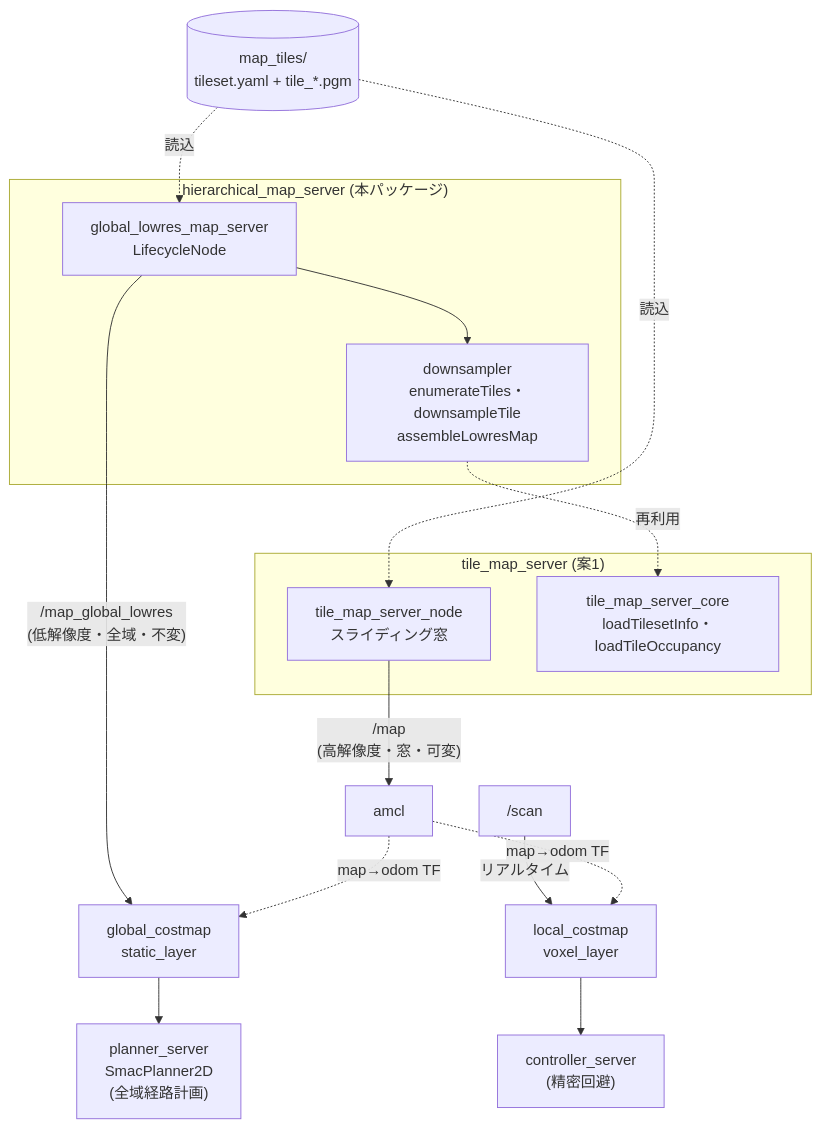
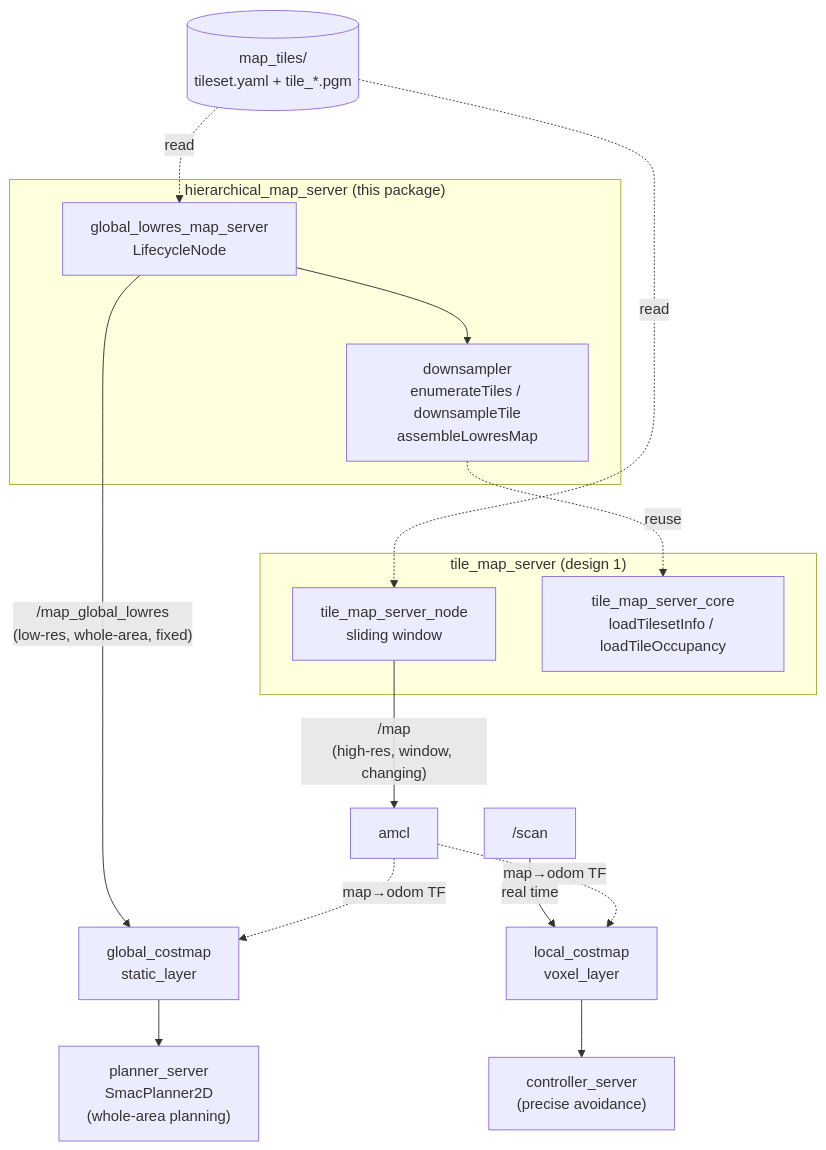
The first of 2 diagrams in hierarchical_map_server/README.md (atinfinity/hierarchical_map_server), drawn with Mermaid before and after one commit. The commit also changed other lines of this file and 13 other files, not shown here.

First line of the commit message:
docs: translate hierarchical_map_server docs and source comments to English

````diff
--- a/hierarchical_map_server/README.md
+++ b/hierarchical_map_server/README.md
@@ -32,28 +37,28 @@
 ```mermaid
 flowchart TB
     tiles[("map_tiles/<br/>tileset.yaml + tile_*.pgm")]
 
-    subgraph hier["hierarchical_map_server (本パッケージ)"]
+    subgraph hier["hierarchical_map_server (this package)"]
         GLM["global_lowres_map_server<br/>LifecycleNode"]
-        DS["downsampler<br/>enumerateTiles・downsampleTile<br/>assembleLowresMap"]
+        DS["downsampler<br/>enumerateTiles / downsampleTile<br/>assembleLowresMap"]
         GLM --> DS
     end
 
-    subgraph tms["tile_map_server (案1)"]
-        TMS["tile_map_server_node<br/>スライディング窓"]
-        CORE["tile_map_server_core<br/>loadTilesetInfo・loadTileOccupancy"]
+    subgraph tms["tile_map_server (design 1)"]
+        TMS["tile_map_server_node<br/>sliding window"]
+        CORE["tile_map_server_core<br/>loadTilesetInfo / loadTileOccupancy"]
     end
 
-    tiles -. 読込 .-> GLM
-    tiles -. 読込 .-> TMS
-    DS -. 再利用 .-> CORE
+    tiles -. read .-> GLM
+    tiles -. read .-> TMS
+    DS -. reuse .-> CORE
 
-    GLM -->|"/map_global_lowres<br/>(低解像度・全域・不変)"| GC["global_costmap<br/>static_layer"]
-    TMS -->|"/map<br/>(高解像度・窓・可変)"| AMCL["amcl"]
-    scan["/scan"] -->|"リアルタイム"| LC["local_costmap<br/>voxel_layer"]
+    GLM -->|"/map_global_lowres<br/>(low-res, whole-area, fixed)"| GC["global_costmap<br/>static_layer"]
+    TMS -->|"/map<br/>(high-res, window, changing)"| AMCL["amcl"]
+    scan["/scan"] -->|"real time"| LC["local_costmap<br/>voxel_layer"]
 
-    GC --> PLAN["planner_server<br/>SmacPlanner2D<br/>(全域経路計画)"]
-    LC --> CTRL["controller_server<br/>(精密回避)"]
+    GC --> PLAN["planner_server<br/>SmacPlanner2D<br/>(whole-area planning)"]
+    LC --> CTRL["controller_server<br/>(precise avoidance)"]
     AMCL -.->|"map→odom TF"| GC
     AMCL -.->|"map→odom TF"| LC
 ```
````
